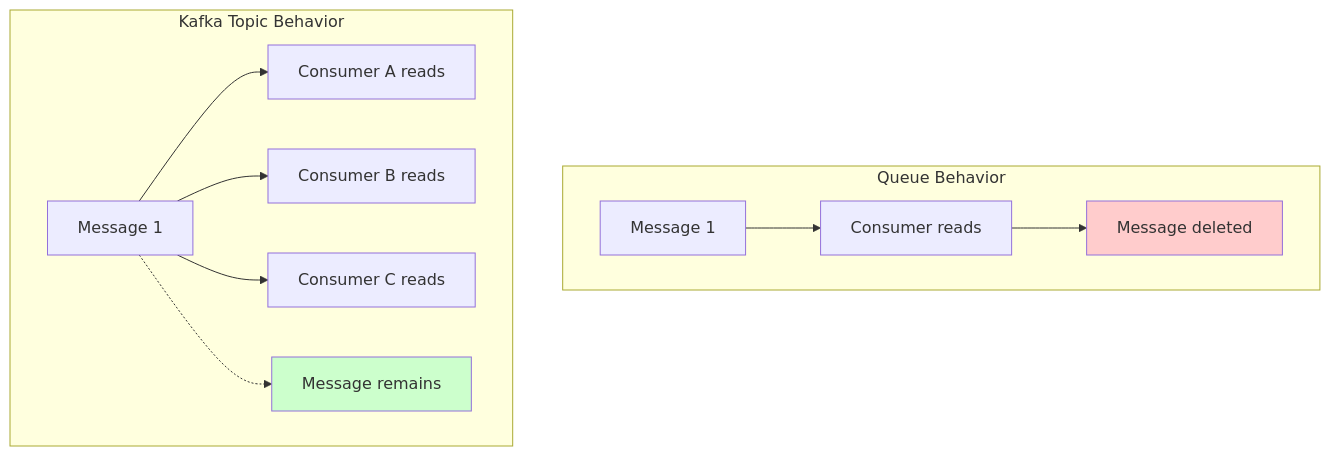
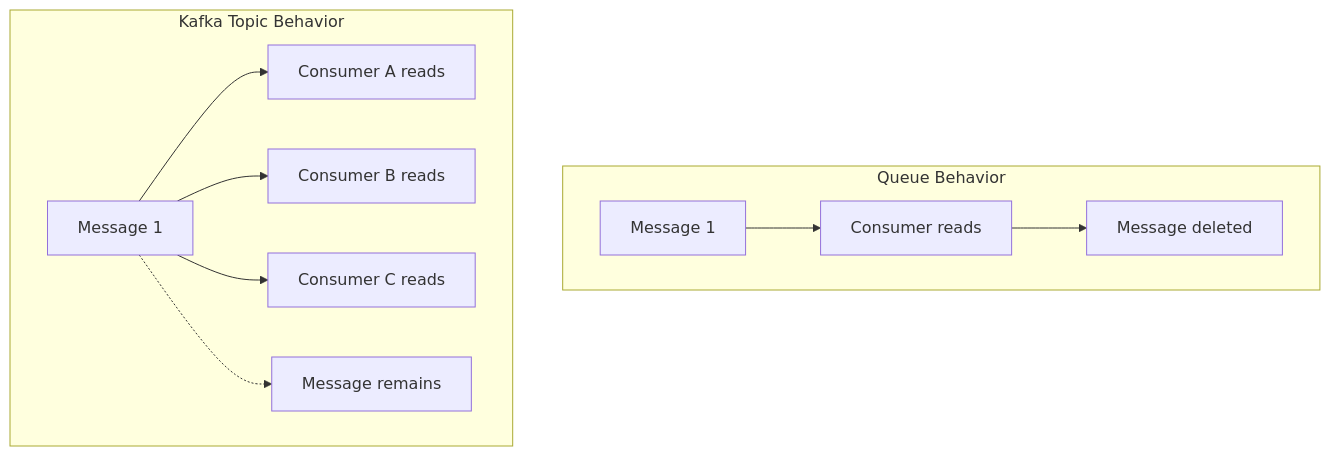
Before and after one commit to mombe090/techdocs: the fifth of 26 diagrams in docs/tutorials/kafka-getting-started.md, drawn with Mermaid. The commit also changed other lines of this file and 11 other files, not shown here.

First line of the commit message:
style: remove hardcoded Mermaid diagram colors for dark mode compatibility

````diff
--- a/docs/tutorials/kafka-getting-started.md
+++ b/docs/tutorials/kafka-getting-started.md
@@ -197,17 +184,15 @@
 ```mermaid
 graph TB
     subgraph "Queue Behavior"
     Q1[Message 1] --> C1[Consumer reads]
     C1 --> X1[Message deleted]
     end
 
     subgraph "Kafka Topic Behavior"
     M1[Message 1] --> CR1[Consumer A reads]
     M1 --> CR2[Consumer B reads]
     M1 --> CR3[Consumer C reads]
     M1 -.-> S[Message remains]
     end
 
-    style X1 fill:#ffcccc
-    style S fill:#ccffcc
 ```
````
